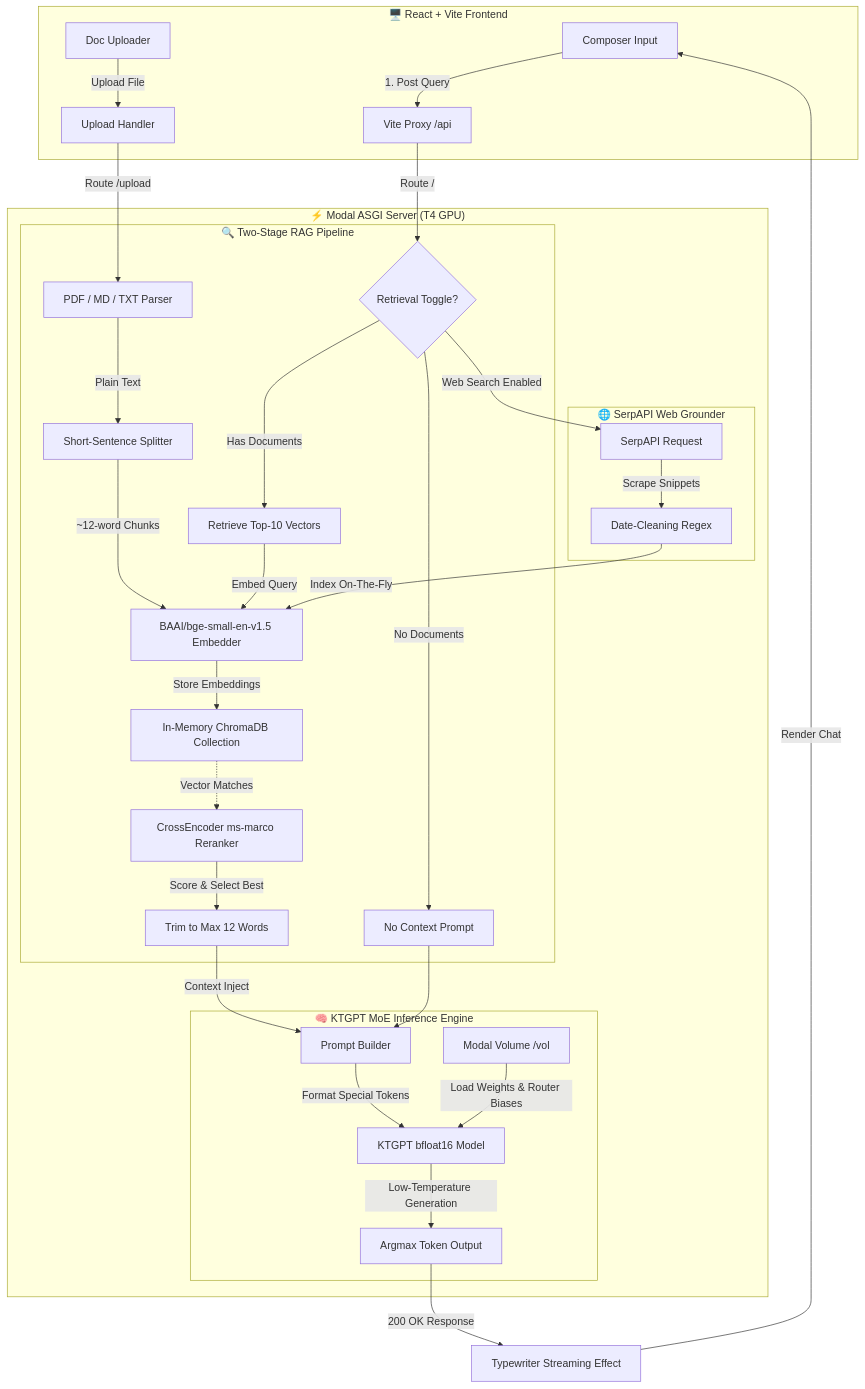
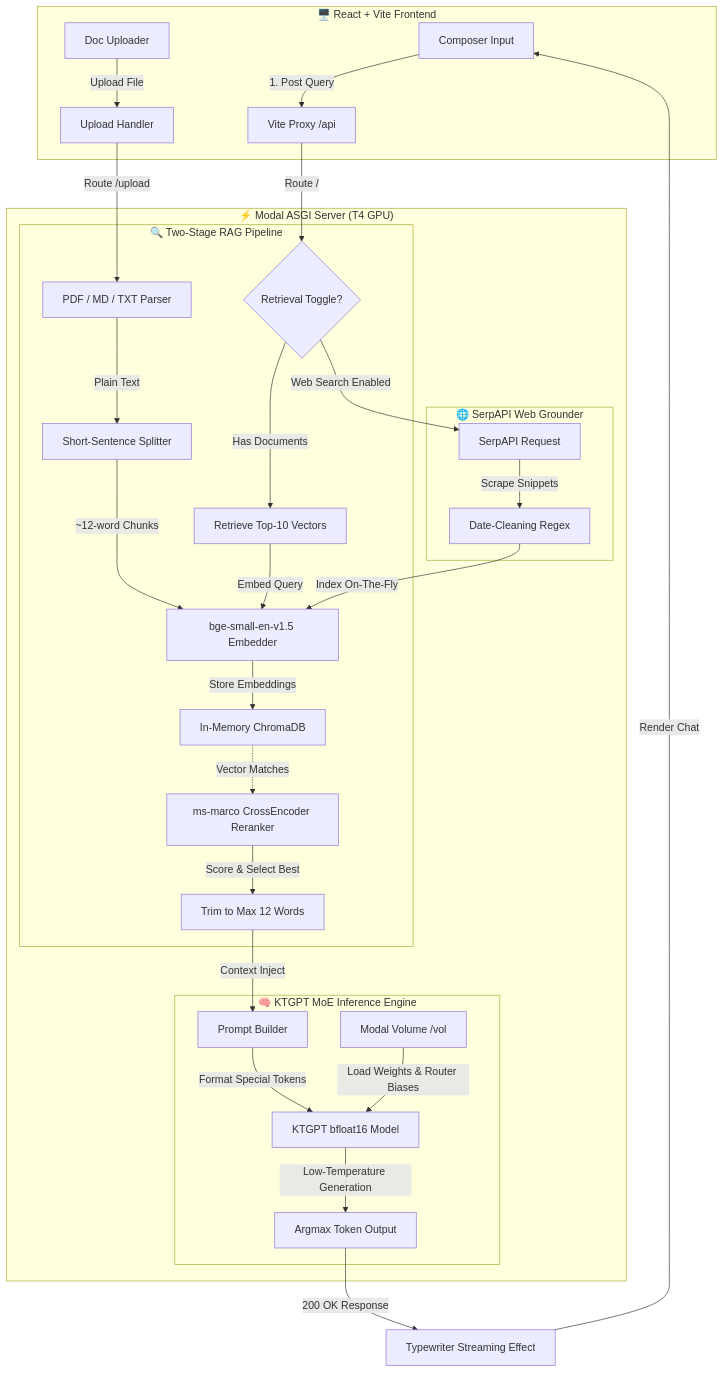
One commit to Kartikeya-trivedi/MediQuery changed the second of 2 diagrams in README.md. Above: the diagram before and after it, drawn with Mermaid. The commit also changed other lines of this file and 19 other files, not shown here.

````diff
--- a/README.md
+++ b/README.md
@@ -18,47 +85,38 @@
 ```mermaid
 graph TD
-    %% Frontend Subgraph
     subgraph Client ["🖥️ React + Vite Frontend"]
         A[Composer Input] -->|1. Post Query| B[Vite Proxy /api]
         I[Doc Uploader] -->|Upload File| H[Upload Handler]
     end
 
-    %% Modal Subgraph
     subgraph Serverless ["⚡ Modal ASGI Server (T4 GPU)"]
         B -->|Route /| C{Retrieval Toggle?}
         H -->|Route /upload| J[PDF / MD / TXT Parser]
-        
-        %% Retrieval Pipeline
+
         subgraph RAG ["🔍 Two-Stage RAG Pipeline"]
             J -->|Plain Text| K[Short-Sentence Splitter]
-            K -->|~12-word Chunks| L[BAAI/bge-small-en-v1.5 Embedder]
-            L -->|Store Embeddings| M[In-Memory ChromaDB Collection]
-            
-            C -->|No Documents| N[No Context Prompt]
+            K -->|~12-word Chunks| L[bge-small-en-v1.5 Embedder]
+            L -->|Store Embeddings| M[In-Memory ChromaDB]
             C -->|Has Documents| O[Retrieve Top-10 Vectors]
             O -->|Embed Query| L
-            M -.->|Vector Matches| P[CrossEncoder ms-marco Reranker]
+            M -.->|Vector Matches| P[ms-marco CrossEncoder Reranker]
             P -->|Score & Select Best| Q[Trim to Max 12 Words]
         end
 
-        %% Web Search Pipeline
         subgraph WebSearch ["🌐 SerpAPI Web Grounder"]
             C -->|Web Search Enabled| D[SerpAPI Request]
             D -->|Scrape Snippets| E[Date-Cleaning Regex]
             E -->|Index On-The-Fly| L
         end
 
-        %% Model Inference Pipeline
         subgraph ModelInference ["🧠 KTGPT MoE Inference Engine"]
             Q -->|Context Inject| R[Prompt Builder]
-            N --> R
             R -->|Format Special Tokens| S[KTGPT bfloat16 Model]
             T[Modal Volume /vol] -->|Load Weights & Router Biases| S
             S -->|Low-Temperature Generation| U[Argmax Token Output]
         end
     end
 
-    %% Response Loop
     U -->|200 OK Response| V[Typewriter Streaming Effect]
     V -->|Render Chat| A
 ```
````
